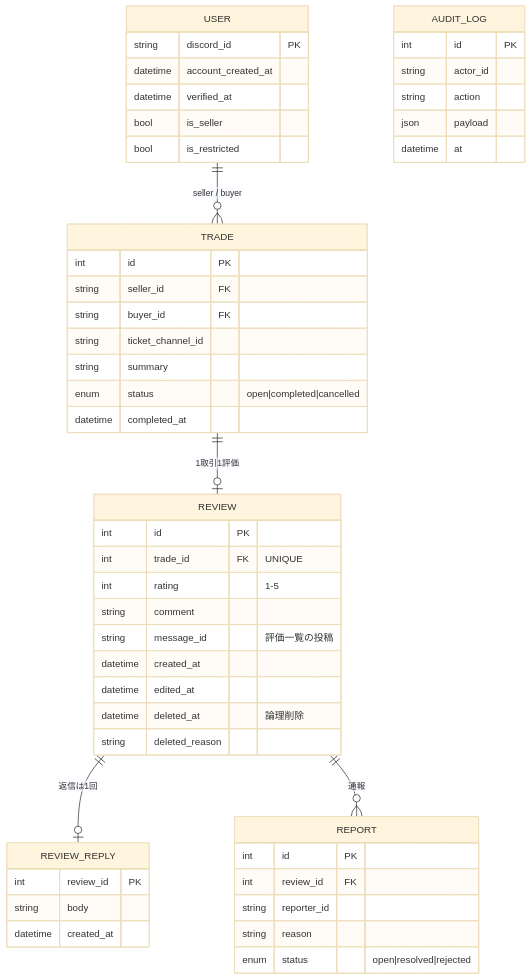
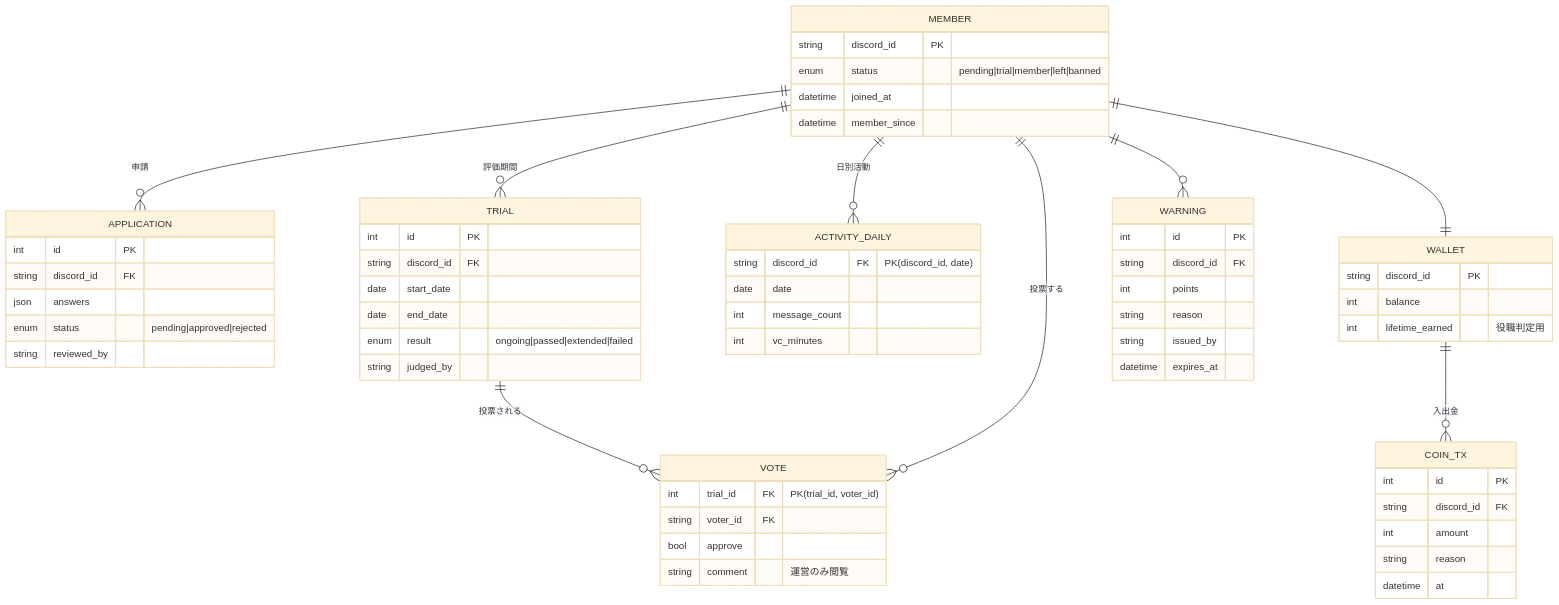
One commit to manakikido-jpg/evaluation changed the second of 2 diagrams in docs/design.md. Above: the diagram before and after it, drawn with Mermaid (base theme). The commit also changed other lines of this file and 1 other file, not shown here.

````diff
--- a/docs/design.md
+++ b/docs/design.md
@@ -184,53 +223,64 @@
 ```mermaid
 erDiagram
-    USER ||--o{ TRADE : "seller / buyer"
-    TRADE ||--o| REVIEW : "1取引1評価"
-    REVIEW ||--o| REVIEW_REPLY : "返信は1回"
-    REVIEW ||--o{ REPORT : "通報"
-    USER {
+    MEMBER ||--o{ APPLICATION : "申請"
+    MEMBER ||--o{ TRIAL : "評価期間"
+    TRIAL ||--o{ VOTE : "投票される"
+    MEMBER ||--o{ VOTE : "投票する"
+    MEMBER ||--o{ ACTIVITY_DAILY : "日別活動"
+    MEMBER ||--|| WALLET : ""
+    WALLET ||--o{ COIN_TX : "入出金"
+    MEMBER ||--o{ WARNING : ""
+    MEMBER {
       string discord_id PK
-      datetime account_created_at
-      datetime verified_at
-      bool is_seller
-      bool is_restricted
+      enum status "pending|trial|member|left|banned"
+      datetime joined_at
+      datetime member_since
     }
-    TRADE {
+    APPLICATION {
       int id PK
-      string seller_id FK
-      string buyer_id FK
-      string ticket_channel_id
-      string summary
-      enum status "open|completed|cancelled"
-      datetime completed_at
+      string discord_id FK
+      json answers
+      enum status "pending|approved|rejected"
+      string reviewed_by
     }
-    REVIEW {
+    TRIAL {
       int id PK
-      int trade_id FK "UNIQUE"
-      int rating "1-5"
-      string comment
-      string message_id "評価一覧の投稿"
-      datetime created_at
-      datetime edited_at
-      datetime deleted_at "論理削除"
-      string deleted_reason
+      string discord_id FK
+      date start_date
+      date end_date
+      enum result "ongoing|passed|extended|failed"
+      string judged_by
     }
-    REVIEW_REPLY {
-      int review_id PK
-      string body
-      datetime created_at
+    VOTE {
+      int trial_id FK "PK(trial_id, voter_id)"
+      string voter_id FK
+      bool approve
+      string comment "運営のみ閲覧"
     }
-    REPORT {
+    ACTIVITY_DAILY {
+      string discord_id FK "PK(discord_id, date)"
+      date date
+      int message_count
+      int vc_minutes
+    }
+    WALLET {
+      string discord_id PK
+      int balance
+      int lifetime_earned "役職判定用"
+    }
+    COIN_TX {
       int id PK
-      int review_id FK
-      string reporter_id
+      string discord_id FK
+      int amount
       string reason
-      enum status "open|resolved|rejected"
-    }
-    AUDIT_LOG {
-      int id PK
-      string actor_id
-      string action
-      json payload
       datetime at
     }
+    WARNING {
+      int id PK
+      string discord_id FK
+      int points
+      string reason
+      string issued_by
+      datetime expires_at
+    }
 ```
````
